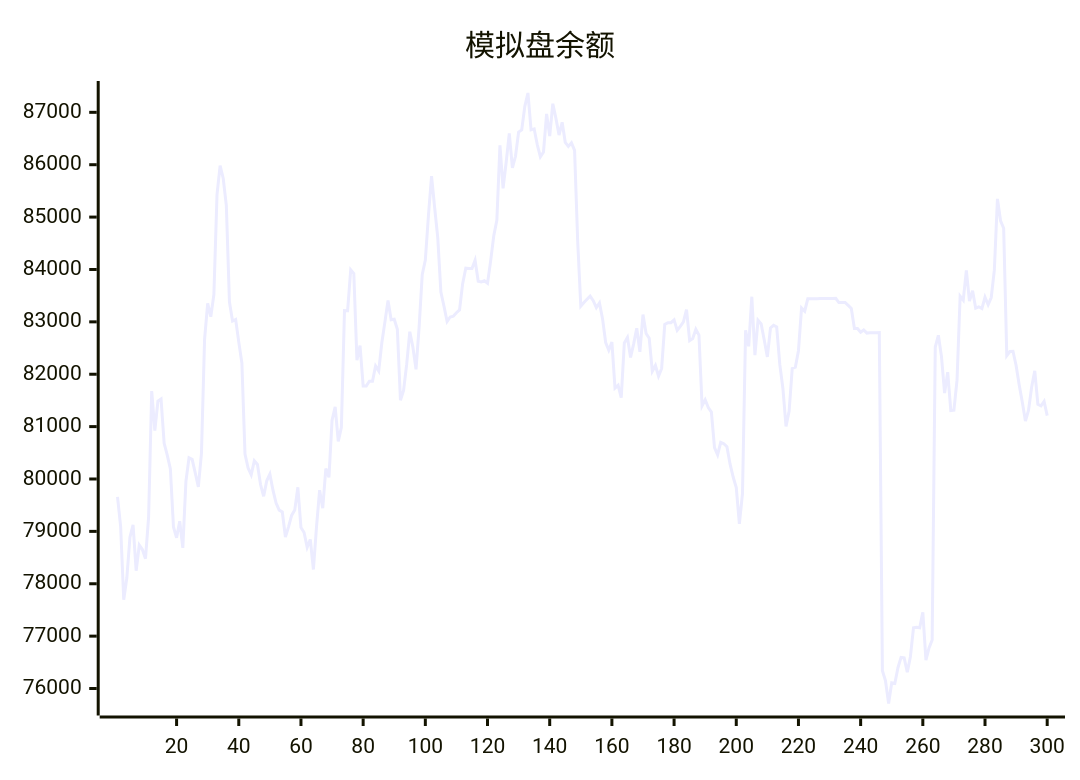
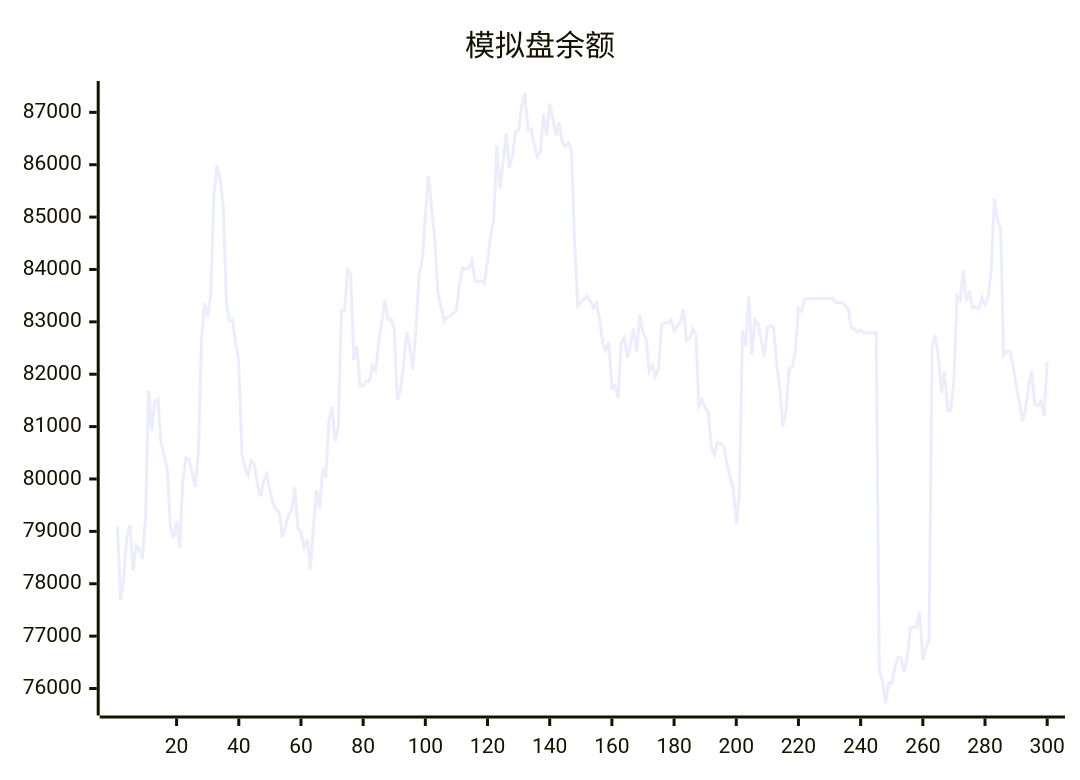
Before and after one commit to aahl/ai-trading: the diagram in README.md, drawn with Mermaid. The commit also changed other lines of this file and 1 other file, not shown here.

````diff
--- a/README.md
+++ b/README.md
@@ -5,5 +5,5 @@
 ```mermaid
 xychart
     title "模拟盘余额"
-    line [79658,79097,77695,78114,78888,79126,78249,78738,78653,78478,79271,81680,80923,81488,81527,80681,80455,80190,79084,78879,79193,78686,79954,80403,80374,80118,79848,80491,82665,83351,83098,83525,85430,85983,85737,85221,83378,83014,83043,82613,82216,80477,80208,80081,80348,80277,79894,79670,79965,80093,79786,79542,79406,79371,78893,79087,79304,79406,79841,79072,78978,78696,78846,78272,79085,79787,79442,80198,80031,81120,81379,80718,80985,83214,83212,83993,83921,82270,82547,81776,81776,81866,81866,82158,82061,82596,83000,83408,83041,83050,82858,81503,81691,82188,82812,82517,82092,82901,83898,84180,85030,85781,85178,84604,83569,83298,83008,83093,83107,83175,83228,83729,84025,84017,84019,84177,83775,83762,83785,83738,84160,84639,84939,86370,85548,86046,86599,85942,86161,86622,86664,87115,87369,86666,86685,86384,86152,86243,86969,86548,87164,86885,86566,86809,86427,86348,86417,86273,84538,83299,83369,83430,83490,83404,83270,83362,83056,82605,82459,82614,81734,81788,81551,82598,82702,82320,82580,82878,82426,83139,82778,82686,82056,82166,81963,82110,82951,82983,82984,83038,82838,82915,82998,83235,82642,82682,82858,82746,81396,81512,81362,81277,80600,80461,80699,80673,80616,80288,80038,79836,79142,79722,82837,82533,83480,82366,83032,82960,82654,82330,82883,82934,82901,82188,81728,81005,81298,82110,82135,82449,83264,83203,83440,83439,83440,83440,83446,83447,83448,83447,83448,83449,83369,83369,83369,83313,83256,82872,82873,82801,82844,82785,82791,82791,82793,82794,76339,76145,75714,76110,76096,76397,76594,76585,76310,76607,77160,77170,77160,77456,76541,76774,76927,82520,82744,82337,81639,82040,81307,81314,81887,83490,83414,83984,83396,83594,83261,83287,83253,83470,83327,83465,83987,85348,84930,84786,82355,82433,82438,82167,81795,81466,81105,81315,81756,82064,81426,81398,81481,81210]
+    line [79097,77695,78114,78888,79126,78249,78738,78653,78478,79271,81680,80923,81488,81527,80681,80455,80190,79084,78879,79193,78686,79954,80403,80374,80118,79848,80491,82665,83351,83098,83525,85430,85983,85737,85221,83378,83014,83043,82613,82216,80477,80208,80081,80348,80277,79894,79670,79965,80093,79786,79542,79406,79371,78893,79087,79304,79406,79841,79072,78978,78696,78846,78272,79085,79787,79442,80198,80031,81120,81379,80718,80985,83214,83212,83993,83921,82270,82547,81776,81776,81866,81866,82158,82061,82596,83000,83408,83041,83050,82858,81503,81691,82188,82812,82517,82092,82901,83898,84180,85030,85781,85178,84604,83569,83298,83008,83093,83107,83175,83228,83729,84025,84017,84019,84177,83775,83762,83785,83738,84160,84639,84939,86370,85548,86046,86599,85942,86161,86622,86664,87115,87369,86666,86685,86384,86152,86243,86969,86548,87164,86885,86566,86809,86427,86348,86417,86273,84538,83299,83369,83430,83490,83404,83270,83362,83056,82605,82459,82614,81734,81788,81551,82598,82702,82320,82580,82878,82426,83139,82778,82686,82056,82166,81963,82110,82951,82983,82984,83038,82838,82915,82998,83235,82642,82682,82858,82746,81396,81512,81362,81277,80600,80461,80699,80673,80616,80288,80038,79836,79142,79722,82837,82533,83480,82366,83032,82960,82654,82330,82883,82934,82901,82188,81728,81005,81298,82110,82135,82449,83264,83203,83440,83439,83440,83440,83446,83447,83448,83447,83448,83449,83369,83369,83369,83313,83256,82872,82873,82801,82844,82785,82791,82791,82793,82794,76339,76145,75714,76110,76096,76397,76594,76585,76310,76607,77160,77170,77160,77456,76541,76774,76927,82520,82744,82337,81639,82040,81307,81314,81887,83490,83414,83984,83396,83594,83261,83287,83253,83470,83327,83465,83987,85348,84930,84786,82355,82433,82438,82167,81795,81466,81105,81315,81756,82064,81426,81398,81481,81210,82242]
 ```
````
